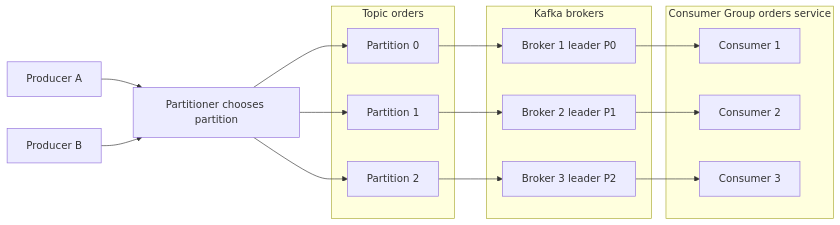
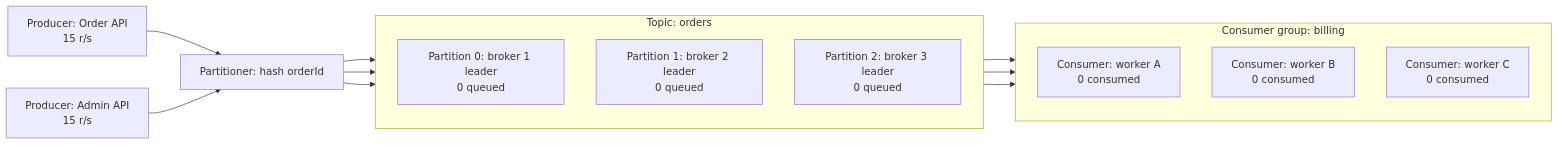
The diagram in Vault/Home/Software Architecture/Distributed Systems/Message Queues/Kafka.md (grafanaKibana/devbook.zip), drawn with Mermaid before and after one commit. The commit also changed other lines of this file and 62 other files, not shown here.

Commit message:
feature: Flowmaid initial PoC

````diff
--- a/Vault/Home/Software Architecture/Distributed Systems/Message Queues/Kafka.md
+++ b/Vault/Home/Software Architecture/Distributed Systems/Message Queues/Kafka.md
@@ -21,35 +23,32 @@
 ```mermaid
+%% mermaid-flow: kafka-core
+%%{init: {"flowchart":{"curve":"basis"}}}%%
 flowchart LR
-    P1[Producer A] --> PR[Partitioner chooses partition]
-    P2[Producer B] --> PR
+    P1["Producer: Order API<br/><span>15 r/s</span>"]
+    P2["Producer: Admin API<br/><span>15 r/s</span>"]
+    PR[Partitioner: hash orderId]
 
-    subgraph Topic[Topic orders]
-      T1[Partition 0]
-      T2[Partition 1]
-      T3[Partition 2]
+    subgraph Topic[Topic: orders]
+      direction TB
+      T1["Partition 0: broker 1 leader<br/><span>0 queued</span>"]
+      T2["Partition 1: broker 2 leader<br/><span>0 queued</span>"]
+      T3["Partition 2: broker 3 leader<br/><span>0 queued</span>"]
     end
 
+    subgraph CG[Consumer group: billing]
+      direction TB
+      C1["Consumer: worker A<br/><span>0 consumed</span>"]
+      C2["Consumer: worker B<br/><span>0 consumed</span>"]
+      C3["Consumer: worker C<br/><span>0 consumed</span>"]
+    end
+
+    P1 --> PR
+    P2 --> PR
     PR --> T1
     PR --> T2
     PR --> T3
+    T1 --> C1
+    T2 --> C2
+    T3 --> C3
 
-    subgraph BrokerCluster[Kafka brokers]
-      B1[Broker 1 leader P0]
-      B2[Broker 2 leader P1]
-      B3[Broker 3 leader P2]
-    end
-
-    T1 --> B1
-    T2 --> B2
-    T3 --> B3
-
-    subgraph CG[Consumer Group orders service]
-      C1[Consumer 1]
-      C2[Consumer 2]
-      C3[Consumer 3]
-    end
-
-    B1 --> C1
-    B2 --> C2
-    B3 --> C3
 ```
````
